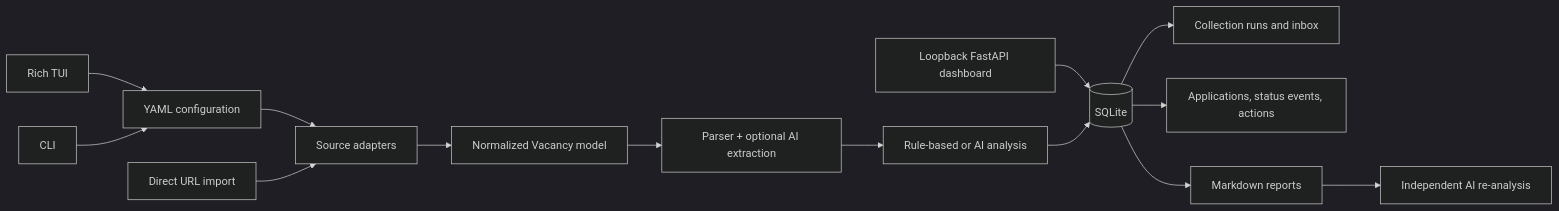
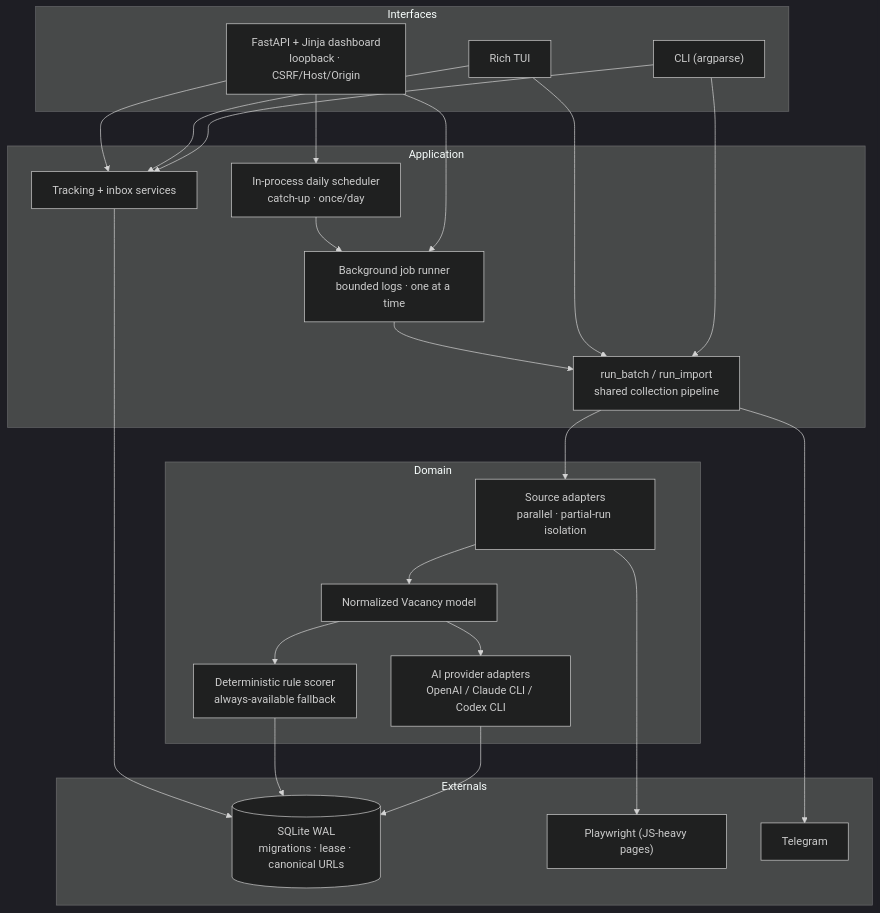
The diagram in README.md (Yashelly/Job-Seeker-Intelligence), drawn with Mermaid (dark theme) before and after one commit. The commit also changed other lines of this file, not shown here.

````diff
--- a/README.md
+++ b/README.md
@@ -346,16 +30,40 @@
 ```mermaid
-flowchart LR
-    UI["Rich TUI"] --> CFG["YAML configuration"]
-    CLI["CLI"] --> CFG
-    WEB["Loopback FastAPI dashboard"] --> DB[("SQLite")]
-    CFG --> SRC["Source adapters"]
-    URLS["Direct URL import"] --> SRC
-    SRC --> NORM["Normalized Vacancy model"]
-    NORM --> EXT["Parser + optional AI extraction"]
-    EXT --> SCORE["Rule-based or AI analysis"]
-    SCORE --> DB
-    DB --> RUNS["Collection runs and inbox"]
-    DB --> TRACK["Applications, status events, actions"]
-    DB --> REPORT["Markdown reports"]
-    REPORT --> REAI["Independent AI re-analysis"]
+flowchart TB
+    subgraph Interfaces
+        CLI["CLI (argparse)"]
+        TUI["Rich TUI"]
+        WEB["FastAPI + Jinja dashboard<br/>loopback · CSRF/Host/Origin"]
+    end
+    subgraph Application
+        RUN["run_batch / run_import<br/>shared collection pipeline"]
+        JOBS["Background job runner<br/>bounded logs · one at a time"]
+        SCHED["In-process daily scheduler<br/>catch-up · once/day"]
+        TRACK["Tracking + inbox services"]
+    end
+    subgraph Domain
+        SRC["Source adapters<br/>parallel · partial-run isolation"]
+        NORM["Normalized Vacancy model"]
+        AI["AI provider adapters<br/>OpenAI / Claude CLI / Codex CLI"]
+        RULE["Deterministic rule scorer<br/>always-available fallback"]
+    end
+    subgraph Externals
+        DB[("SQLite WAL<br/>migrations · lease · canonical URLs")]
+        BROWSER["Playwright (JS-heavy pages)"]
+        TG["Telegram"]
+    end
+
+    CLI --> RUN
+    TUI --> RUN
+    WEB --> JOBS --> RUN
+    WEB --> SCHED --> JOBS
+    CLI --> TRACK
+    TUI --> TRACK
+    WEB --> TRACK
+    RUN --> SRC --> NORM --> AI
+    SRC --> BROWSER
+    NORM --> RULE
+    AI --> DB
+    RULE --> DB
+    TRACK --> DB
+    RUN --> TG
 ```
````
